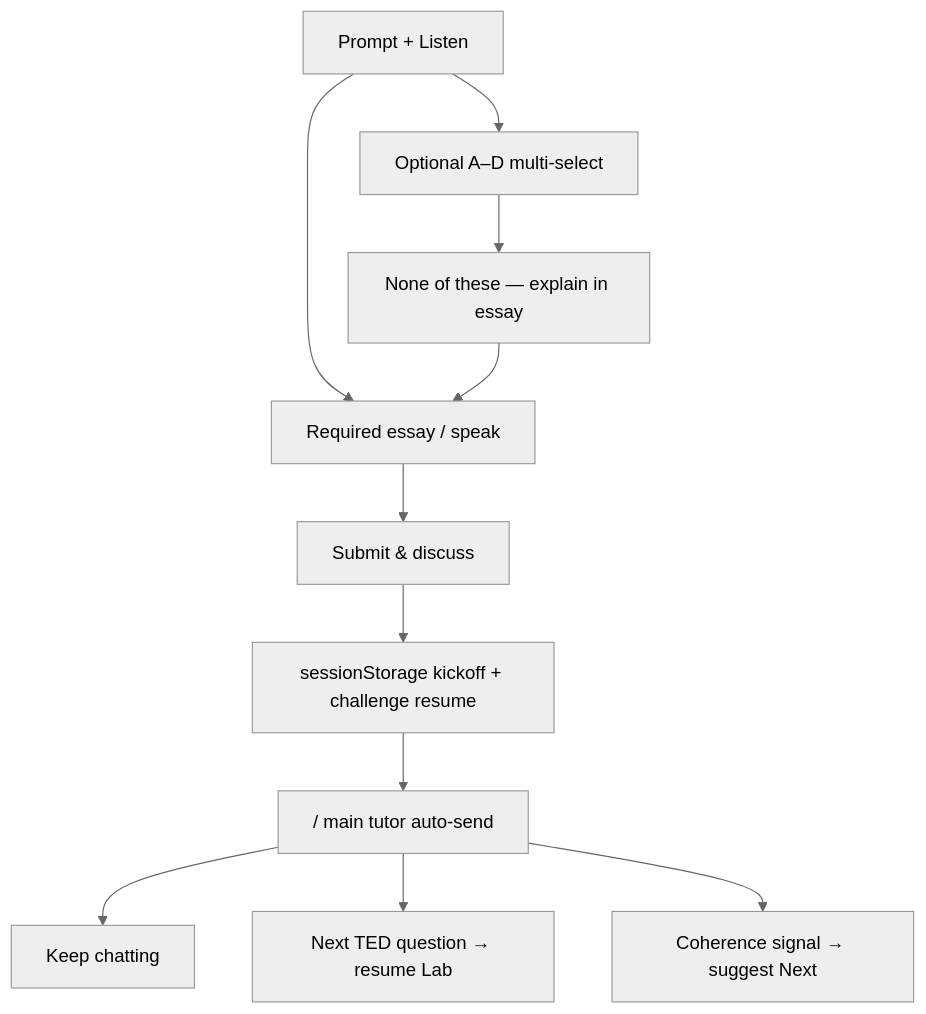
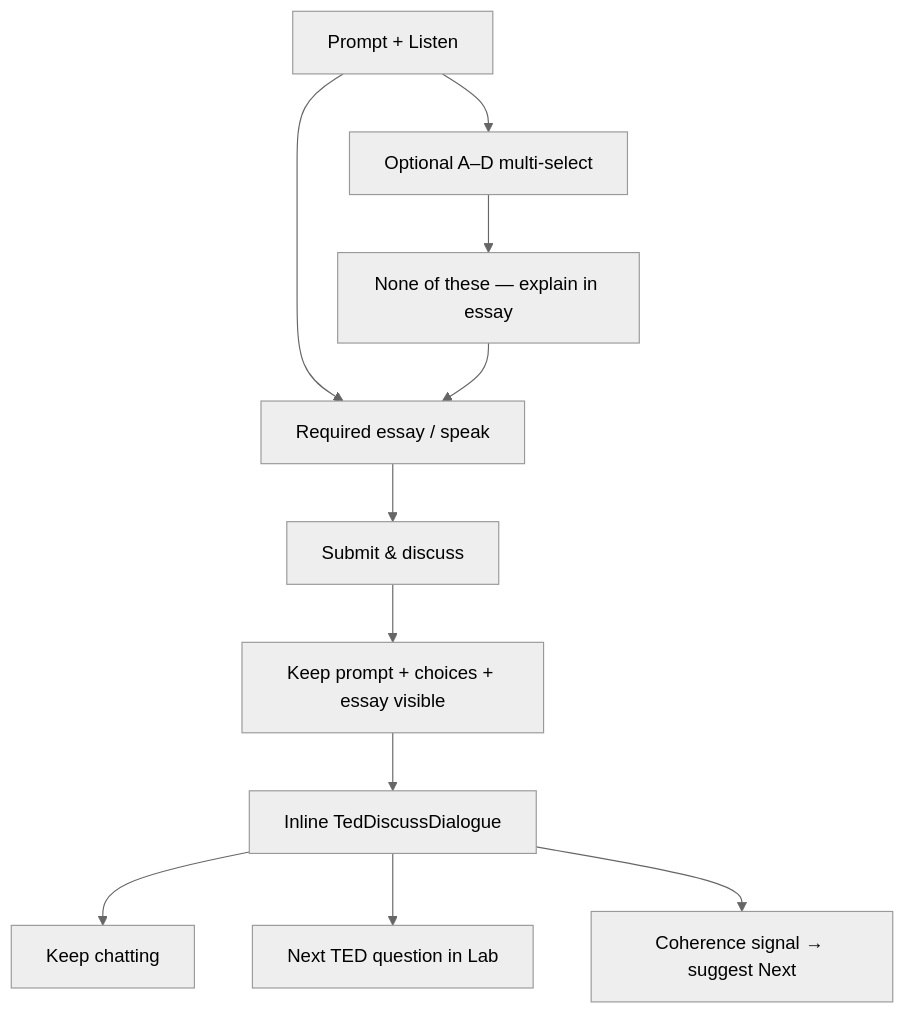
The diagram in docs/subsystems/ted-challenge-hybrid-mcq.md (zilinli/ryan_learning), drawn with Mermaid (neutral theme) before and after one commit. The commit also changed other lines of this file and 13 other files, not shown here.

First line of the commit message:
fix(ted,writing): inline TED discuss on Lab; adapt pad→music/image/video language

````diff
--- a/docs/subsystems/ted-challenge-hybrid-mcq.md
+++ b/docs/subsystems/ted-challenge-hybrid-mcq.md
@@ -42,13 +42,13 @@
 ```mermaid
 flowchart TD
   Prompt[Prompt + Listen] --> MCQ[Optional A–D multi-select]
   Prompt --> Essay[Required essay / speak]
   MCQ --> None[None of these — explain in essay]
   None --> Essay
   Essay --> Submit[Submit & discuss]
-  Submit --> Handoff[sessionStorage kickoff + challenge resume]
-  Handoff --> Tutor["/ main tutor auto-send"]
-  Tutor --> Stay[Keep chatting]
-  Tutor --> Next[Next TED question → resume Lab]
-  Tutor --> DoneSignal[Coherence signal → suggest Next]
+  Submit --> Freeze[Keep prompt + choices + essay visible]
+  Freeze --> Panel[Inline TedDiscussDialogue]
+  Panel --> Stay[Keep chatting]
+  Panel --> Next[Next TED question in Lab]
+  Panel --> DoneSignal[Coherence signal → suggest Next]
 ```
````
